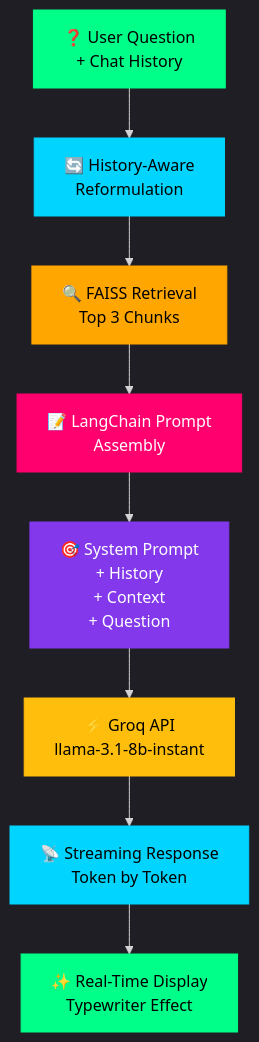
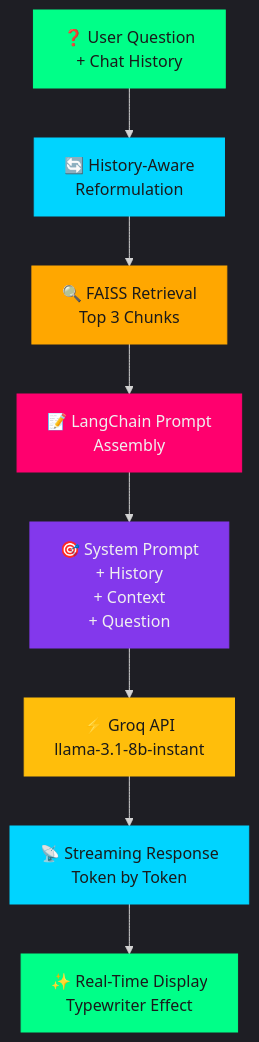
The third of 3 diagrams in README.md (farazmirzax/ContextAI), drawn with Mermaid before and after one commit. The commit also changed other lines of this file, not shown here.

Commit message:
text changed

````diff
--- a/README.md
+++ b/README.md
@@ -88,20 +88,20 @@
 ```mermaid
 %%{init: {'theme':'dark'}}%%
 graph TD
     A["❓ User Question<br/>+ Chat History"] --> B["🔄 History-Aware<br/>Reformulation"]
     B --> C["🔍 FAISS Retrieval<br/>Top 3 Chunks"]
     C --> D["📝 LangChain Prompt<br/>Assembly"]
     D --> E["🎯 System Prompt<br/>+ History<br/>+ Context<br/>+ Question"]
     E --> F["⚡ Groq API<br/>llama-3.1-8b-instant"]
     F --> G["📡 Streaming Response<br/>Token by Token"]
     G --> H["✨ Real-Time Display<br/>Typewriter Effect"]
     
-    style A fill:#00ff88,stroke:#00ff88,color:#000
-    style B fill:#00d4ff,stroke:#00d4ff,color:#000
-    style C fill:#ffa700,stroke:#ffa700,color:#000
-    style D fill:#ff006e,stroke:#ff006e,color:#fff
-    style E fill:#8338ec,stroke:#8338ec,color:#fff
-    style F fill:#ffbe0b,stroke:#ffbe0b,color:#000
-    style G fill:#00d4ff,stroke:#00d4ff,color:#000
-    style H fill:#00ff88,stroke:#00ff88,color:#000
+    style A fill:#00ff88,stroke:#00ff88,color:#1a1a1a
+    style B fill:#00d4ff,stroke:#00d4ff,color:#1a1a1a
+    style C fill:#ffa700,stroke:#ffa700,color:#1a1a1a
+    style D fill:#ff006e,stroke:#ff006e,color:#f0f0f0
+    style E fill:#8338ec,stroke:#8338ec,color:#f0f0f0
+    style F fill:#ffbe0b,stroke:#ffbe0b,color:#1a1a1a
+    style G fill:#00d4ff,stroke:#00d4ff,color:#1a1a1a
+    style H fill:#00ff88,stroke:#00ff88,color:#1a1a1a
 ```
````
